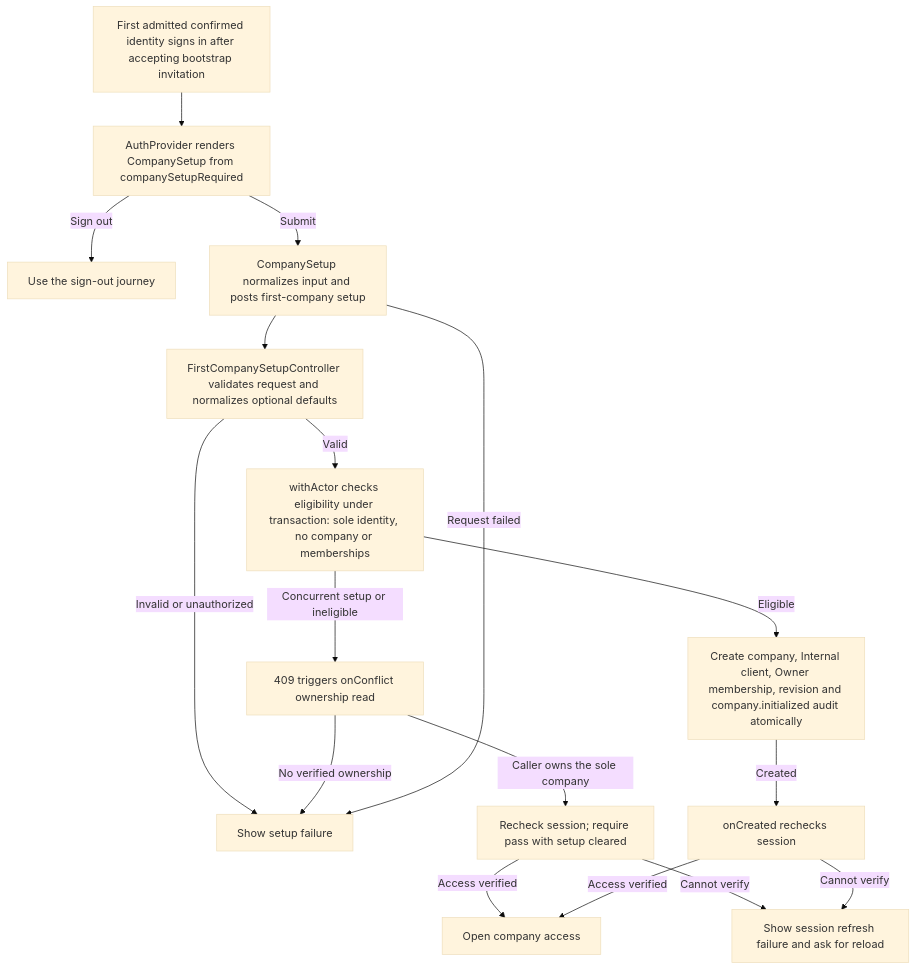
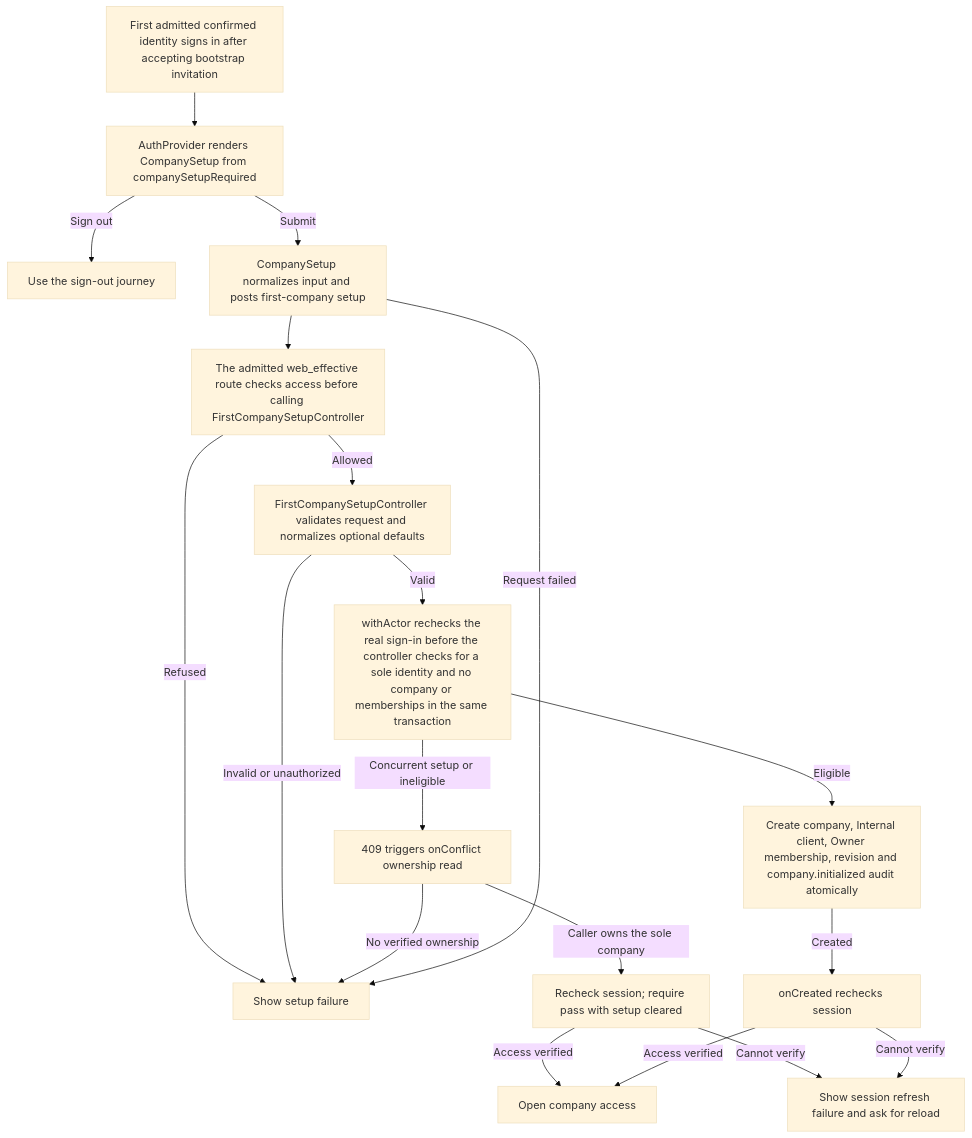
One commit to Kevinjohn/capacitylens changed the second of 2 diagrams in user-stories/navigation/US-NAV-14-company-picker-setup.md. Above: the diagram before and after it, drawn with Mermaid (base theme). The commit also changed other lines of this file and 26 other files, not shown here.

````diff
--- a/user-stories/navigation/US-NAV-14-company-picker-setup.md
+++ b/user-stories/navigation/US-NAV-14-company-picker-setup.md
@@ -39,19 +39,21 @@
 ```mermaid
 flowchart TD
   bootstrap["First admitted confirmed identity signs in after accepting bootstrap invitation"] --> gate["AuthProvider renders CompanySetup from companySetupRequired"]
   gate -->|Sign out| logout["Use the sign-out journey"]
   gate -->|Submit| form["CompanySetup normalizes input and posts first-company setup"]
-  form --> controller["FirstCompanySetupController validates request and normalizes optional defaults"]
+  form --> access["The admitted web_effective route checks access before calling FirstCompanySetupController"]
+  access -->|Refused| refusal
+  access -->|Allowed| controller["FirstCompanySetupController validates request and normalizes optional defaults"]
   controller -->|Invalid or unauthorized| refusal["Show setup failure"]
-  controller -->|Valid| guard["withActor checks eligibility under transaction: sole identity, no company or memberships"]
+  controller -->|Valid| guard["withActor rechecks the real sign-in before the controller checks for a sole identity and no company or memberships in the same transaction"]
   guard -->|Eligible| create["Create company, Internal client, Owner membership, revision and company.initialized audit atomically"]
   create -->|Created| reread["onCreated rechecks session"]
   guard -->|Concurrent setup or ineligible| conflict["409 triggers onConflict ownership read"]
   conflict -->|Caller owns the sole company| concurrent["Recheck session; require pass with setup cleared"]
   conflict -->|No verified ownership| refusal
   concurrent -->|Access verified| app
   concurrent -->|Cannot verify| recover
   reread -->|Access verified| app["Open company access"]
   reread -->|Cannot verify| recover["Show session refresh failure and ask for reload"]
   form -->|Request failed| refusal
 ```
````
